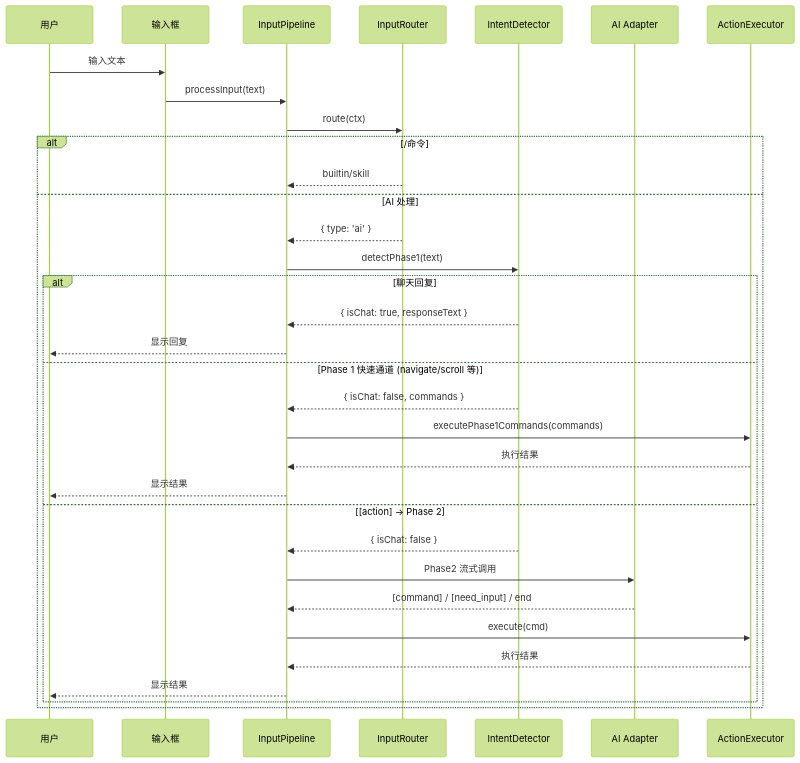
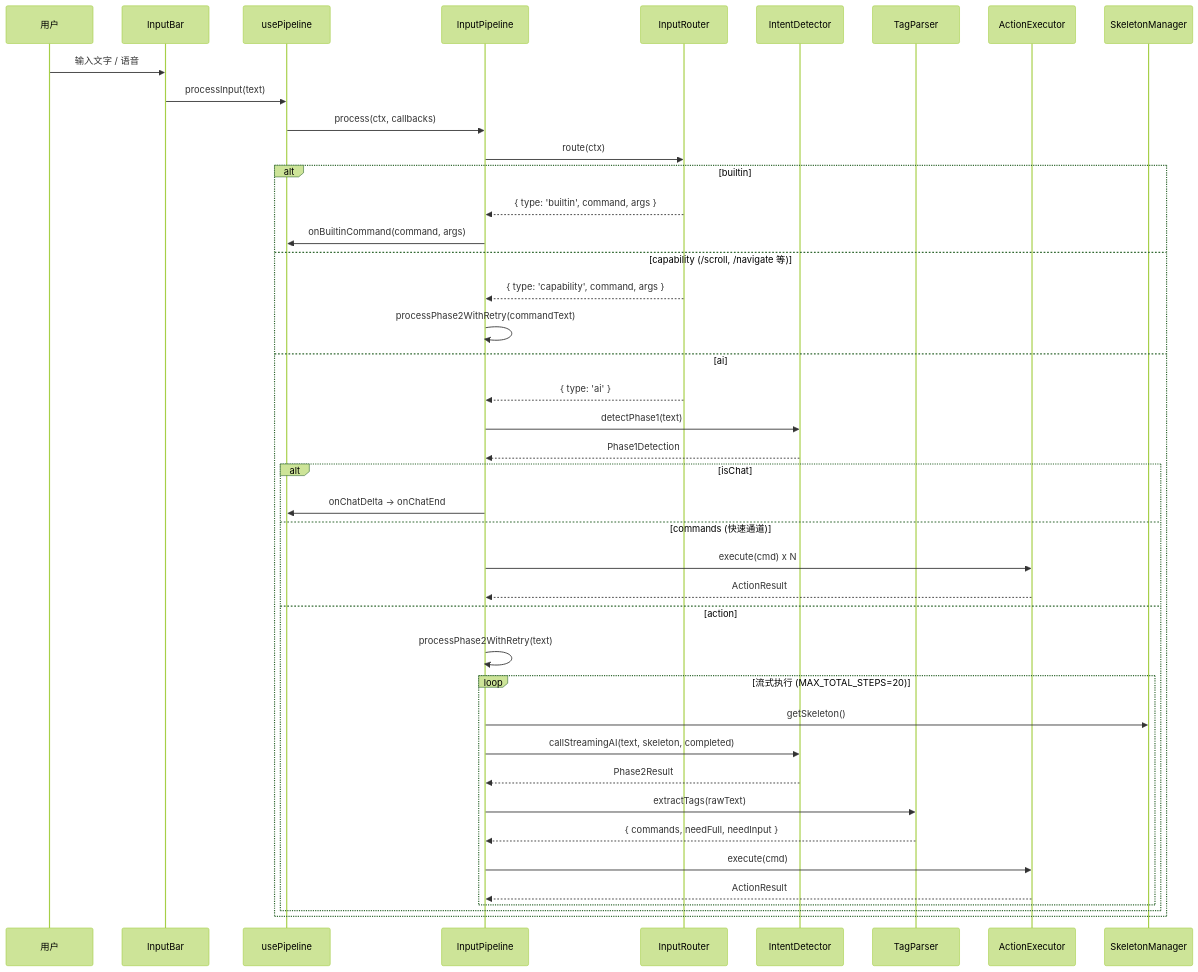
Before and after one commit to zw123zw/ai-browser: the second of 3 diagrams in README.md, drawn with Mermaid (forest theme). The commit also changed other lines of this file and 42 other files, not shown here.

````diff
--- a/README.md
+++ b/README.md
@@ -140,38 +130,47 @@
 ```mermaid
 sequenceDiagram
-    participant User as 用户
-    participant InputBar as 输入框
-    participant Pipeline as InputPipeline
-    participant Router as InputRouter
-    participant Detector as IntentDetector
-    participant AI as AI Adapter
-    participant Executor as ActionExecutor
+    participant U as 用户
+    participant IB as InputBar
+    participant UP as usePipeline
+    participant IP as InputPipeline
+    participant IR as InputRouter
+    participant ID as IntentDetector
+    participant TP as TagParser
+    participant AE as ActionExecutor
+    participant SM as SkeletonManager
 
-    User->>InputBar: 输入文本
-    InputBar->>Pipeline: processInput(text)
-    Pipeline->>Router: route(ctx)
+    U->>IB: 输入文字 / 语音
+    IB->>UP: processInput(text)
+    UP->>IP: process(ctx, callbacks)
 
-    alt /命令
-        Router-->>Pipeline: builtin/skill
-    else AI 处理
-        Router-->>Pipeline: { type: 'ai' }
-        Pipeline->>Detector: detectPhase1(text)
+    IP->>IR: route(ctx)
+    alt builtin
+        IR-->>IP: { type: 'builtin', command, args }
+        IP->>UP: onBuiltinCommand(command, args)
+    else capability (/scroll, /navigate 等)
+        IR-->>IP: { type: 'capability', command, args }
+        IP->>IP: processPhase2WithRetry(commandText)
+    else ai
+        IR-->>IP: { type: 'ai' }
+        IP->>ID: detectPhase1(text)
+        ID-->>IP: Phase1Detection
 
-        alt 聊天回复
-            Detector-->>Pipeline: { isChat: true, responseText }
-            Pipeline-->>User: 显示回复
-        else Phase 1 快速通道 (navigate/scroll 等)
-            Detector-->>Pipeline: { isChat: false, commands }
-            Pipeline->>Executor: executePhase1Commands(commands)
-            Executor-->>Pipeline: 执行结果
-            Pipeline-->>User: 显示结果
-        else [action] → Phase 2
-            Detector-->>Pipeline: { isChat: false }
-            Pipeline->>AI: Phase2 流式调用
-            AI-->>Pipeline: [command] / [need_input] / end
-            Pipeline->>Executor: execute(cmd)
-            Executor-->>Pipeline: 执行结果
-            Pipeline-->>User: 显示结果
+        alt isChat
+            IP->>UP: onChatDelta -> onChatEnd
+        else commands (快速通道)
+            IP->>AE: execute(cmd) x N
+            AE-->>IP: ActionResult
+        else action
+            IP->>IP: processPhase2WithRetry(text)
+            loop 流式执行 (MAX_TOTAL_STEPS=20)
+                IP->>SM: getSkeleton()
+                IP->>ID: callStreamingAI(text, skeleton, completed)
+                ID-->>IP: Phase2Result
+                IP->>TP: extractTags(rawText)
+                TP-->>IP: { commands, needFull, needInput }
+                IP->>AE: execute(cmd)
+                AE-->>IP: ActionResult
+            end
         end
     end
 ```
````
